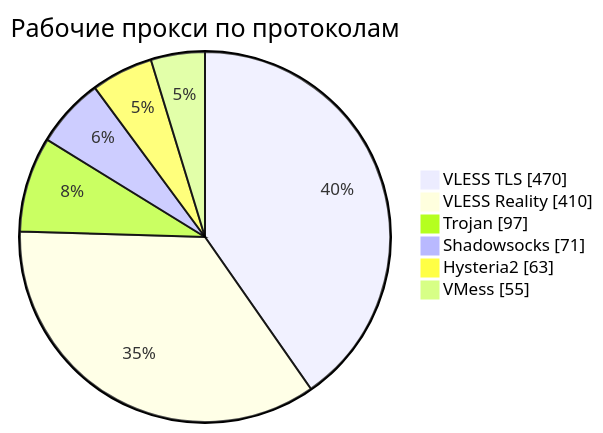
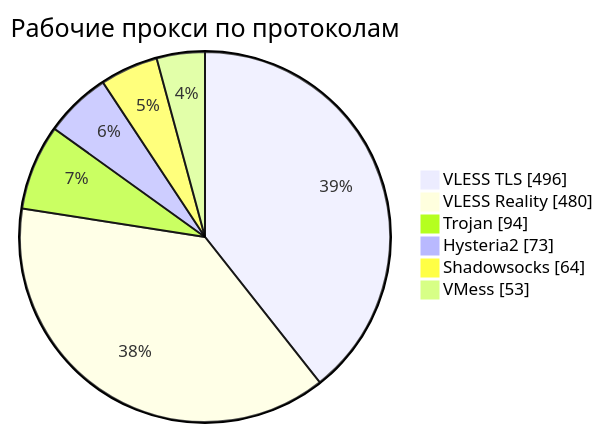
Before and after one commit to rvvg/proxy-subs: the third of 4 diagrams in README.md, drawn with Mermaid. The commit also changed other lines of this file and 48 other files, not shown here.

````diff
--- a/README.md
+++ b/README.md
@@ -139,10 +136,10 @@
 ```mermaid
 pie showData
     title Рабочие прокси по протоколам
-    "VLESS TLS" : 470
-    "VLESS Reality" : 410
-    "Trojan" : 97
-    "Shadowsocks" : 71
-    "Hysteria2" : 63
-    "VMess" : 55
+    "VLESS TLS" : 496
+    "VLESS Reality" : 480
+    "Trojan" : 94
+    "Hysteria2" : 73
+    "Shadowsocks" : 64
+    "VMess" : 53
 ```
````
